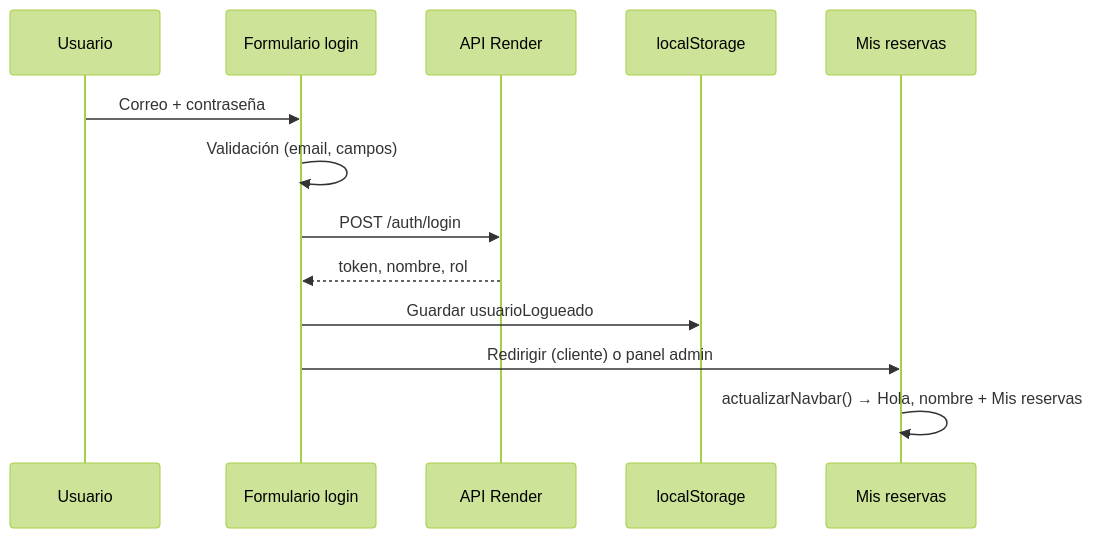
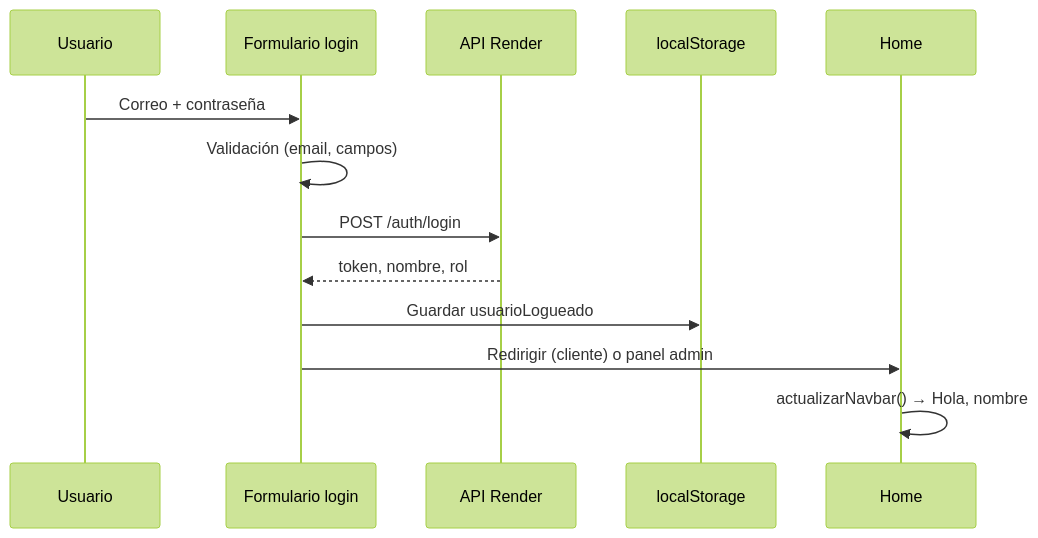
One commit to CamiGit/Gestionar_Reservas changed the diagram in README.md. Above: the diagram before and after it, drawn with Mermaid (forest theme). The commit also changed other lines of this file and 15 other files, not shown here.

First line of the commit message:
Agregar filtro por tipo en catálogo y retirar Mis reservas.

````diff
--- a/README.md
+++ b/README.md
@@ -132,16 +130,16 @@
 ```mermaid
 sequenceDiagram
     participant U as Usuario
     participant F as Formulario login
     participant API as API Render
     participant LS as localStorage
-    participant P as Mis reservas
+    participant H as Home
 
     U->>F: Correo + contraseña
     F->>F: Validación (email, campos)
     F->>API: POST /auth/login
     API-->>F: token, nombre, rol
     F->>LS: Guardar usuarioLogueado
-    F->>P: Redirigir (cliente) o panel admin
-    P->>P: actualizarNavbar() → Hola, nombre + Mis reservas
+    F->>H: Redirigir (cliente) o panel admin
+    H->>H: actualizarNavbar() → Hola, nombre
 ```
````
